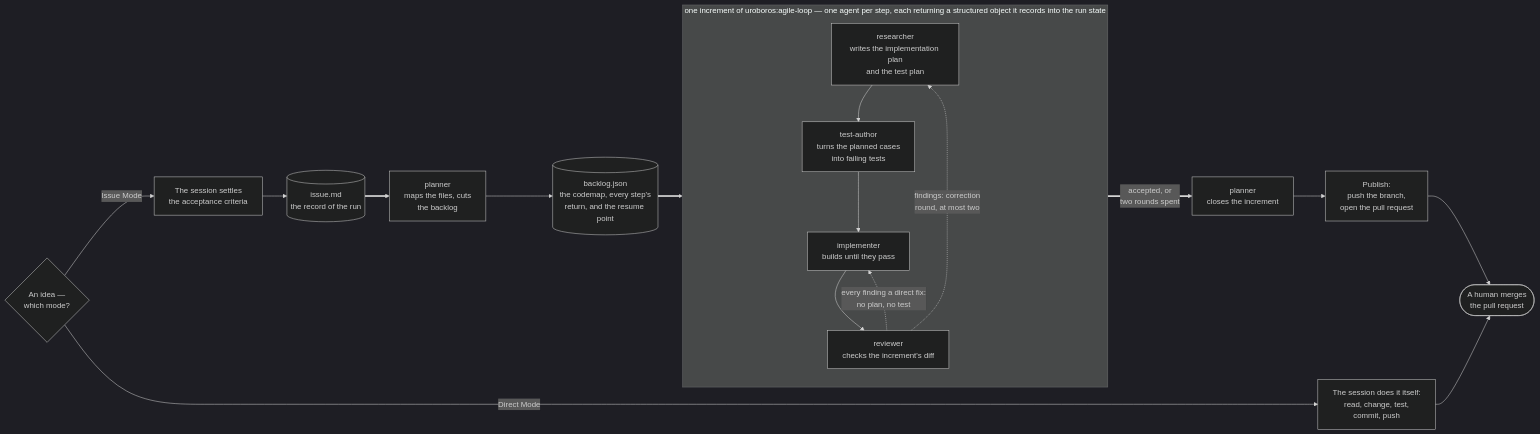
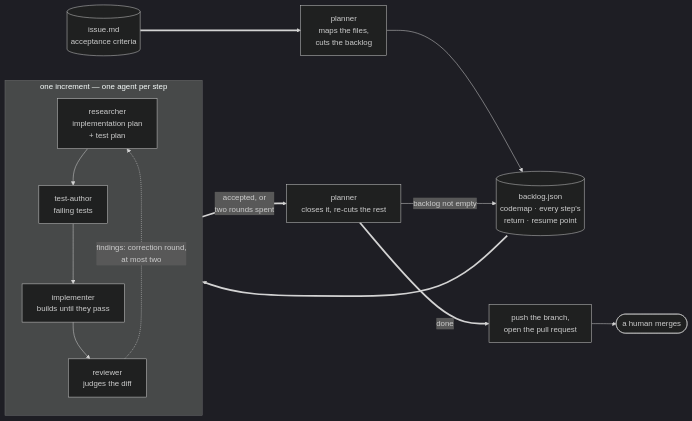
One commit to artkoenig/uroboros changed the diagram in README.md. Above: the diagram before and after it, drawn with Mermaid (dark theme). The commit also changed other lines of this file, not shown here.

````diff
--- a/README.md
+++ b/README.md
@@ -27,26 +48,21 @@
 ```mermaid
 flowchart LR
-    MODE{"An idea —<br/>which mode?"}
-    MODE -->|"Direct Mode"| DIRECT["The session does it itself:<br/>read, change, test,<br/>commit, push"]
-    MODE -->|"Issue Mode"| CRIT["The session settles<br/>the acceptance criteria"]
-    CRIT --> ISSUE[("issue.md<br/>the record of the run")]
-    ISSUE ==> OPEN["planner<br/>maps the files, cuts<br/>the backlog"]
-    OPEN --> STATE[("backlog.json<br/>the codemap, every step's<br/>return, and the resume point")]
+    ISSUE[("issue.md<br/>acceptance criteria")] ==> PLAN["planner<br/>maps the files,<br/>cuts the backlog"]
+    PLAN --> STATE[("backlog.json<br/>codemap · every step's<br/>return · resume point")]
     STATE ==> RES
 
-    subgraph LOOP["one increment of uroboros:agile-loop — one agent per step, each returning a structured object it records into the run state"]
+    subgraph LOOP["one increment — one agent per step"]
         direction TB
-        RES["researcher<br/>writes the implementation plan<br/>and the test plan"]
-        TEST["test-author<br/>turns the planned cases<br/>into failing tests"]
+        RES["researcher<br/>implementation plan<br/>+ test plan"]
+        TEST["test-author<br/>failing tests"]
         IMPL["implementer<br/>builds until they pass"]
-        REV["reviewer<br/>checks the increment's diff"]
+        REV["reviewer<br/>judges the diff"]
         RES --> TEST --> IMPL --> REV
-        REV -.->|"findings: correction<br/>round, at most two"| RES
-        REV -.->|"every finding a direct fix:<br/>no plan, no test"| IMPL
+        REV -.->|"findings: correction round,<br/>at most two"| RES
     end
 
-    REV ==>|"accepted, or<br/>two rounds spent"| CLOSE["planner<br/>closes the increment"]
-    CLOSE --> PUB["Publish:<br/>push the branch,<br/>open the pull request"]
-    PUB --> MERGE(["A human merges<br/>the pull request"])
-    DIRECT --> MERGE
+    REV ==>|"accepted, or<br/>two rounds spent"| CLOSE["planner<br/>closes it, re-cuts the rest"]
+    CLOSE -->|"backlog not empty"| STATE
+    CLOSE ==>|"done"| PUB["push the branch,<br/>open the pull request"]
+    PUB --> MERGE(["a human merges"])
 ```
````
